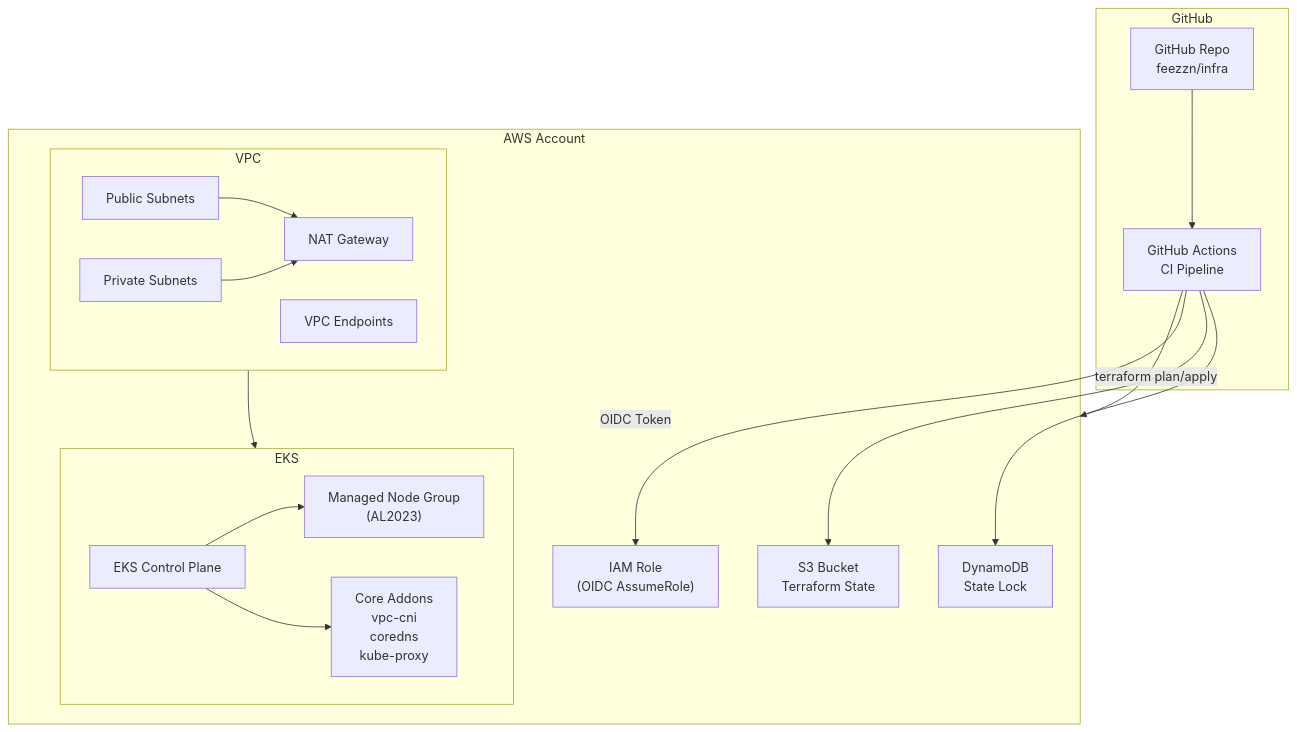
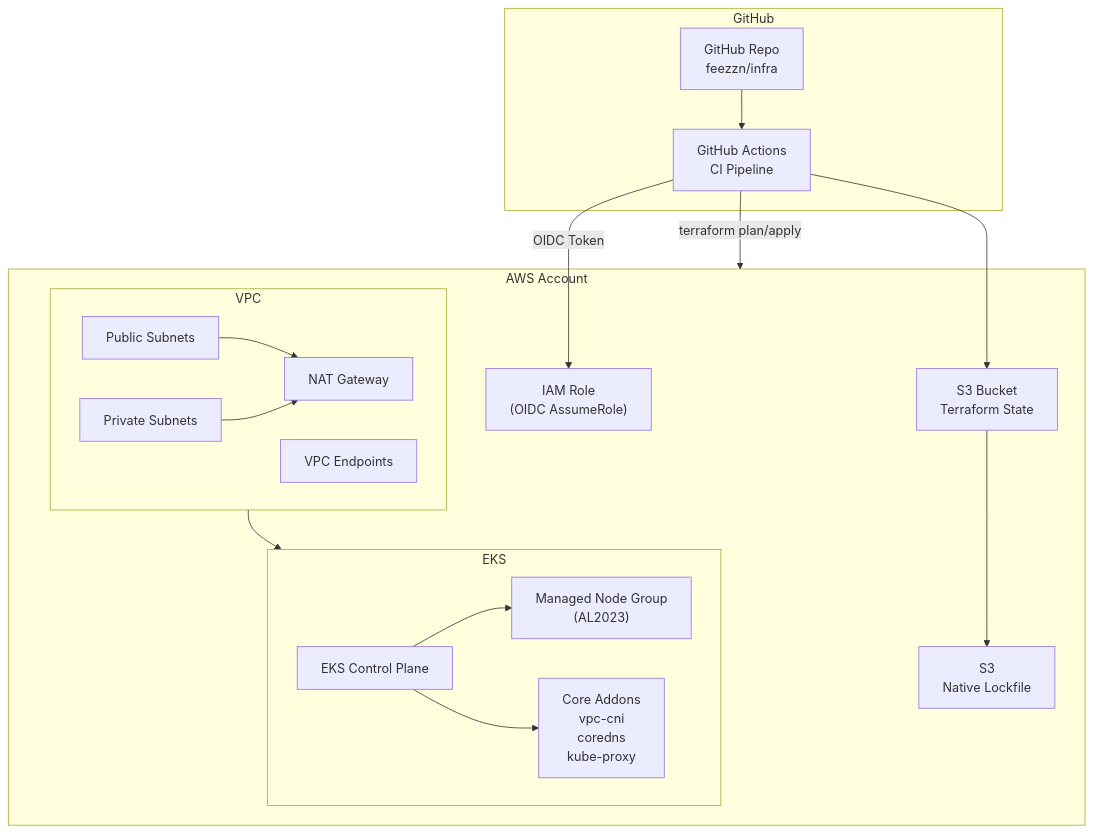
The second of 2 diagrams in README.md (feezzn/infra), drawn with Mermaid before and after one commit. The commit also changed other lines of this file and 10 other files, not shown here.

````diff
--- a/README.md
+++ b/README.md
@@ -50,38 +50,38 @@
 ```mermaid
 flowchart TB
   subgraph GitHub
     Repo2["GitHub Repo<br/>feezzn/infra"]
     CI["GitHub Actions<br/>CI Pipeline"]
   end
 
   subgraph AWS2["AWS Account"]
     IAM["IAM Role<br/>(OIDC AssumeRole)"]
     S3b["S3 Bucket<br/>Terraform State"]
-    DDBb["DynamoDB<br/>State Lock"]
+    Lockfile["S3<br/>Native Lockfile"]
 
     subgraph VPC["VPC"]
       Pub["Public Subnets"]
       Priv["Private Subnets"]
       NAT["NAT Gateway"]
       VPCE["VPC Endpoints"]
       Pub --> NAT
       Priv --> NAT
     end
 
     subgraph EKS2["EKS"]
       CP["EKS Control Plane"]
       NG["Managed Node Group<br/>(AL2023)"]
       Addons["Core Addons<br/>vpc-cni<br/>coredns<br/>kube-proxy"]
       CP --> NG
       CP --> Addons
     end
 
     VPC --> EKS2
   end
 
   Repo2 --> CI
   CI -->|OIDC Token| IAM
   CI -->|terraform plan/apply| AWS2
   CI --> S3b
-  CI --> DDBb
+  S3b --> Lockfile
 ```
````
